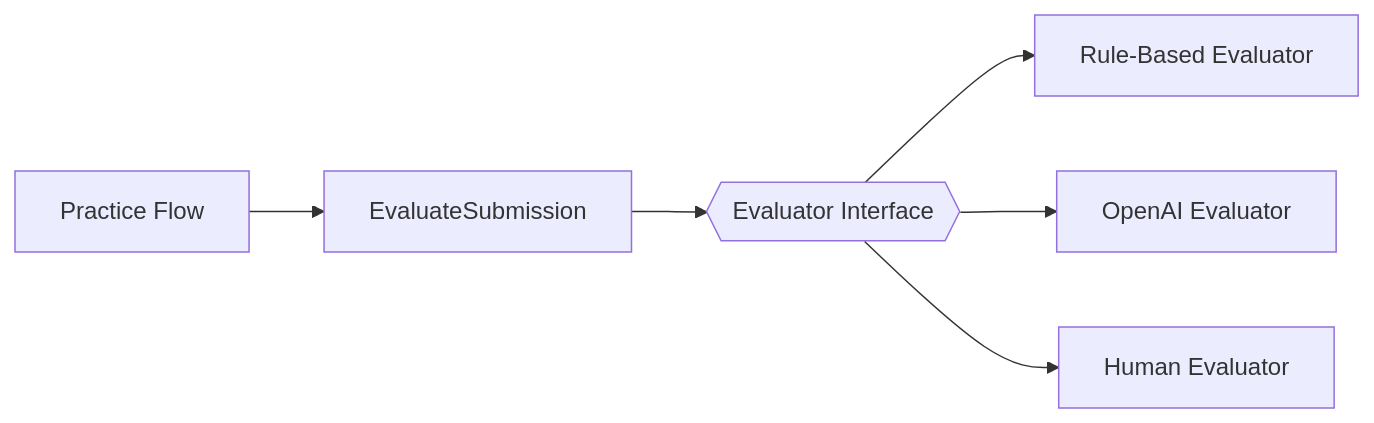
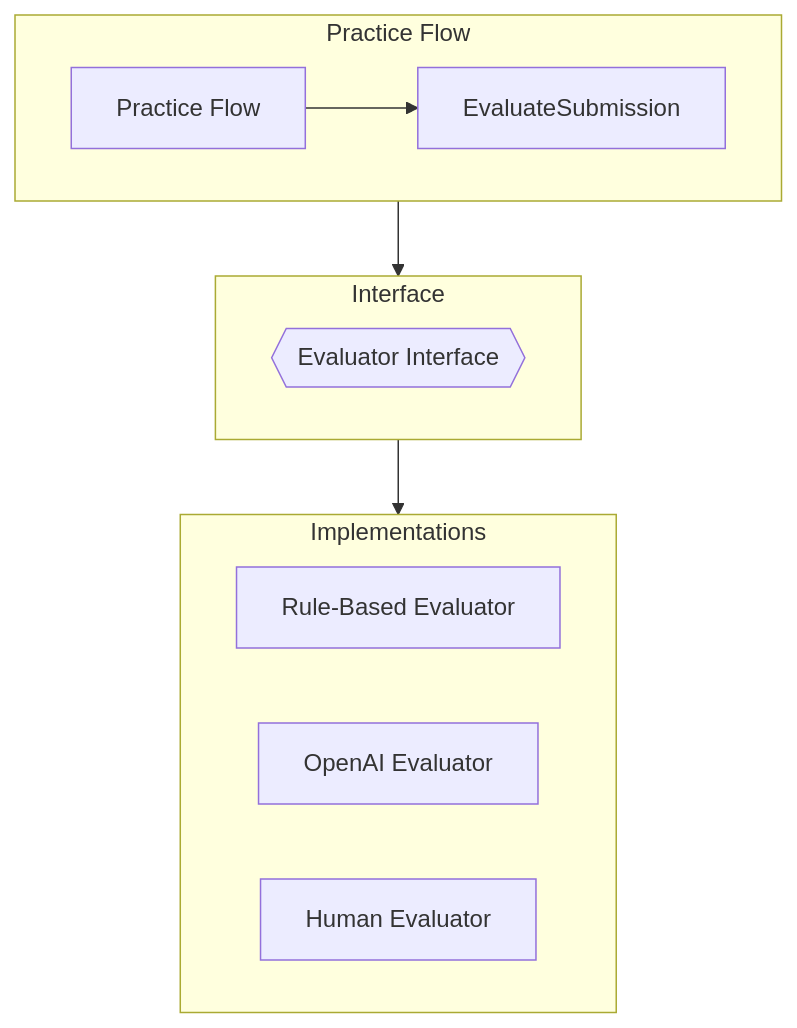
The seventh of 7 diagrams in README.md (shaurya-sehgal5/LLD), drawn with Mermaid before and after one commit. The commit also changed other lines of this file, not shown here.

````diff
--- a/README.md
+++ b/README.md
@@ -590,8 +683,24 @@
 ```mermaid
-flowchart LR
-    P[Practice Flow] --> E[EvaluateSubmission]
-    E --> I{{Evaluator Interface}}
-    I --> R[Rule-Based Evaluator]
-    I --> O[OpenAI Evaluator]
-    I --> H[Human Evaluator]
+flowchart TB
+    subgraph ST1[Practice Flow]
+        direction LR
+        P[Practice Flow]
+        E[EvaluateSubmission]
+        P --> E
+    end
+
+    subgraph ST2[Interface]
+        direction LR
+        I{{Evaluator Interface}}
+    end
+
+    subgraph ST3[Implementations]
+        direction LR
+        R[Rule-Based Evaluator]
+        O[OpenAI Evaluator]
+        H[Human Evaluator]
+    end
+
+    ST1 --> ST2
+    ST2 --> ST3
 ```
````
